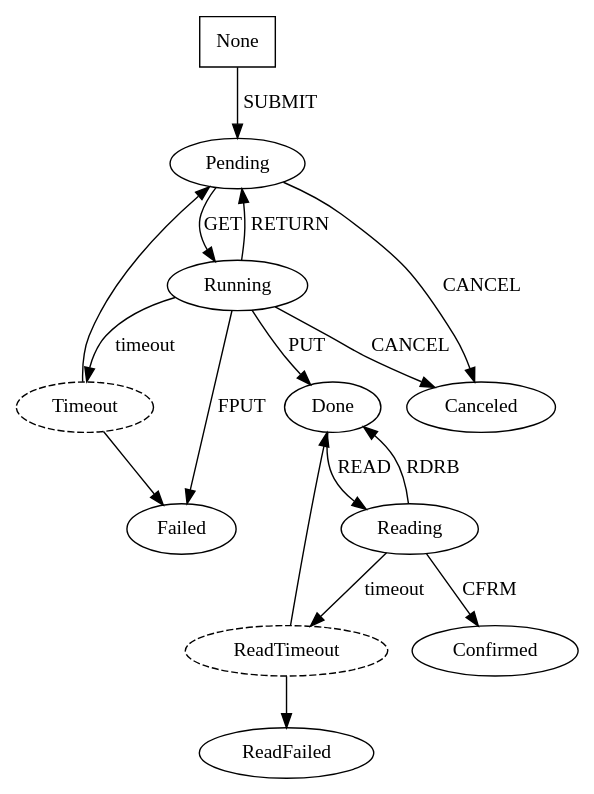
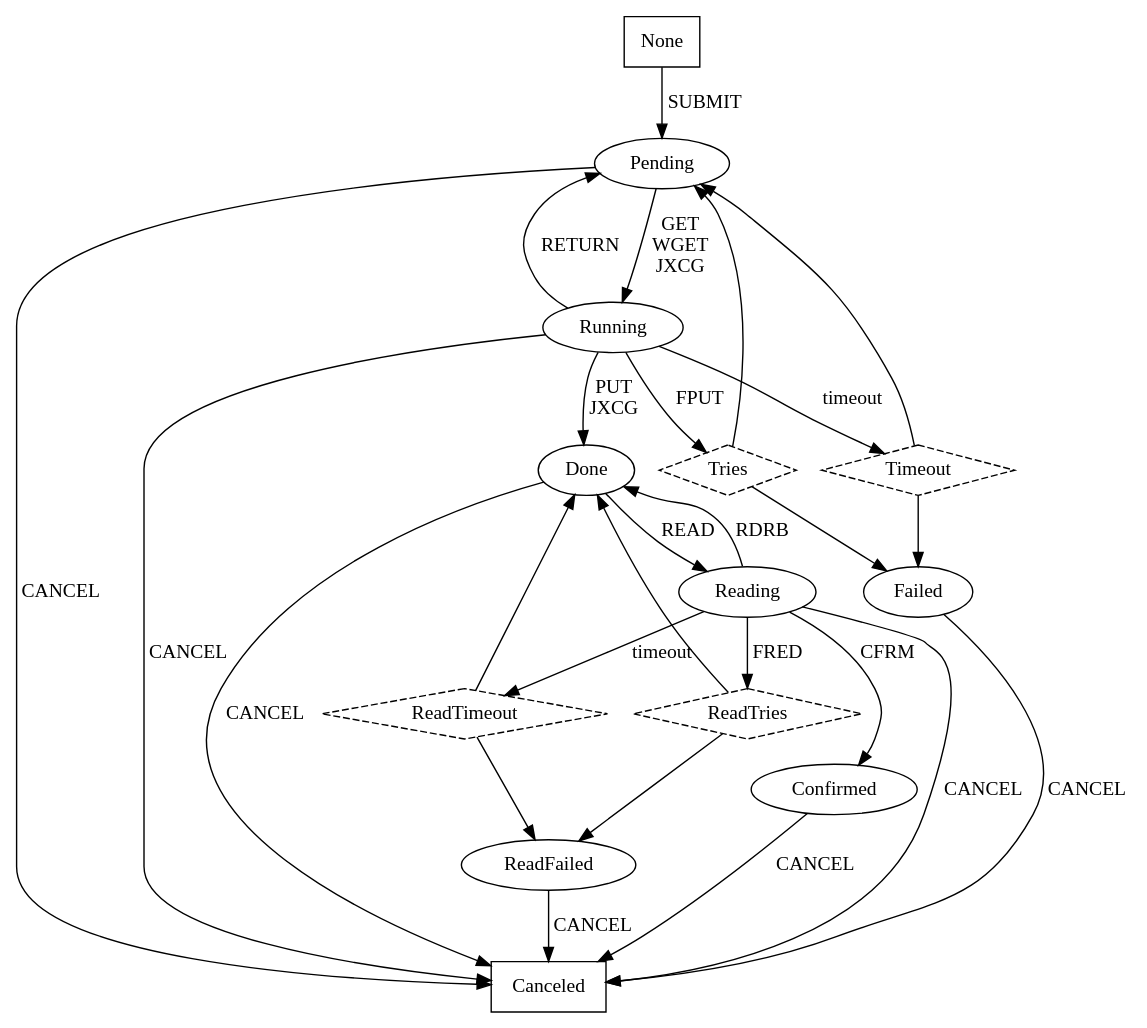
Before and after one commit to ncbi/ncbi-cxx-toolkit-public: the diagram in src/app/netschedule/state_graph.dot, drawn with Graphviz.

Commit message:
Fixed NS state diagram

```diff
--- a/src/app/netschedule/state_graph.dot
+++ b/src/app/netschedule/state_graph.dot
@@ -1,75 +1,93 @@
 # dot -T ps state_graph.dot -o state_graph.ps
 
 digraph NetScheduleNew {
 
-  None [label="None", shape="box"];
-  Timeout [label="Timeout", shape="ellipse", style="dashed"];
-  ReadTimeout [label="ReadTimeout", shape="ellipse", style="dashed"];
+    None        [ label = "None",        shape = "box" ];
+    Canceled    [ label = "Canceled",    shape = "box" ];
+    Timeout     [ label = "Timeout",     shape = "diamond", style = "dashed" ];
+    ReadTimeout [ label = "ReadTimeout", shape = "diamond", style = "dashed" ];
+    Tries       [ label = "Tries",       shape = "diamond", style = "dashed" ];
+    ReadTries   [ label = "ReadTries",   shape = "diamond", style = "dashed" ];
 
-  None -> Pending [label="SUBMIT"];
+    None        -> Pending          [ label = "SUBMIT" ];
 
-  Pending -> Running [label="GET"];
-  Running -> Pending [label="RETURN"];
-  Pending -> Canceled [label="CANCEL"];
+    Pending     -> Running          [ label = "GET\nWGET\nJXCG" ];
+    Pending     -> Canceled         [ label = "CANCEL" ];
 
-  Running -> Canceled [label="CANCEL"];
-  Running -> Failed [label="FPUT"];
-  Running -> Done [label="PUT"];
-  Running -> Timeout [label="timeout"];
+    Running     -> Pending          [ label = "RETURN" ];
+    Running     -> Canceled         [ label = "CANCEL" ];
+    Running     -> Done             [ label = "PUT\nJXCG" ];
+    Running     -> Timeout          [ label = "timeout" ];
+    Running     -> Tries            [ label = "FPUT" ];
 
-  Timeout -> Pending;
-  Timeout -> Failed;
+    Tries       -> Failed;
+    Tries       -> Pending;
 
-  Done -> Reading [label="READ"];
+    Timeout     -> Pending;
+    Timeout     -> Failed;
 
-  Reading -> Done [label="RDRB"];
-  Reading -> ReadTimeout [label="timeout"];
-  Reading -> Confirmed [label="CFRM"];
+    Failed      -> Canceled         [ label = "CANCEL" ];
 
-  ReadTimeout -> Done;
-  ReadTimeout -> ReadFailed;
+    Done        -> Reading          [ label = "READ" ];
+    Done        -> Canceled         [ label = "CANCEL" ];
+
+    Reading     -> Canceled         [ label = "CANCEL" ];
+    Reading     -> Confirmed        [ label = "CFRM" ];
+    Reading     -> Done             [ label = "RDRB" ];
+    Reading     -> ReadTimeout      [ label = "timeout" ];
+    Reading     -> ReadTries        [ label = "FRED" ];
+
+    ReadTries   -> ReadFailed;
+    ReadTries   -> Done;
+
+    ReadTimeout -> Done;
+    ReadTimeout -> ReadFailed;
+
+    ReadFailed  -> Canceled         [ label = "CANCEL" ];
+
+    Confirmed   -> Canceled         [ label = "CANCEL" ];
 }
 
 # Old diagrams
 
 #digraph NetSchedule {
 #  None -> Pending [label="submit"];
 #
 #  Pending -> Running [label="execute"];
 #  Pending -> Canceled [label="cancel"];
 #  Pending -> Done [label="out-of-sync success"];
 #
 #
 #  Running -> Returned [label="return"];
 #  Running -> Canceled [label="cancel"];
 #  Running -> Failed [label="fail"];
 #  Running -> Done [label="success"];
 #
 #  Returned -> Pending [label="r2p"];
 #  Returned -> Running [label="r2p-execute?"];
 #  Returned -> Canceled [label="cancel"];
 #  Returned -> Failed [label="fail"];
 #  Returned -> Done [label="out-of-sync success"];
 #}
 #
 #digraph Reschedule {
 #  Running -> Pending [label="reschedule?"];
 #  Canceled -> Pending [label="reschedule"];
 #  Failed -> Pending [label="reschedule"];
 #  Done -> Pending [label="reschedule"];
 #}
 #
 #digraph Ignore {
 #  Pending -> Returned;
 #  Pending -> Failed;
 #  Canceled -> Running;
 #  Canceled -> Returned;
 #  Canceled -> Failed;
 #  Canceled -> Done;
 #  Failed -> Returned;
 #  Failed -> Canceled;
 #  Failed -> Done;
 #  Done -> Returned;
 #  Done -> Canceled;
 #  Done -> Failed;
 #}
```
